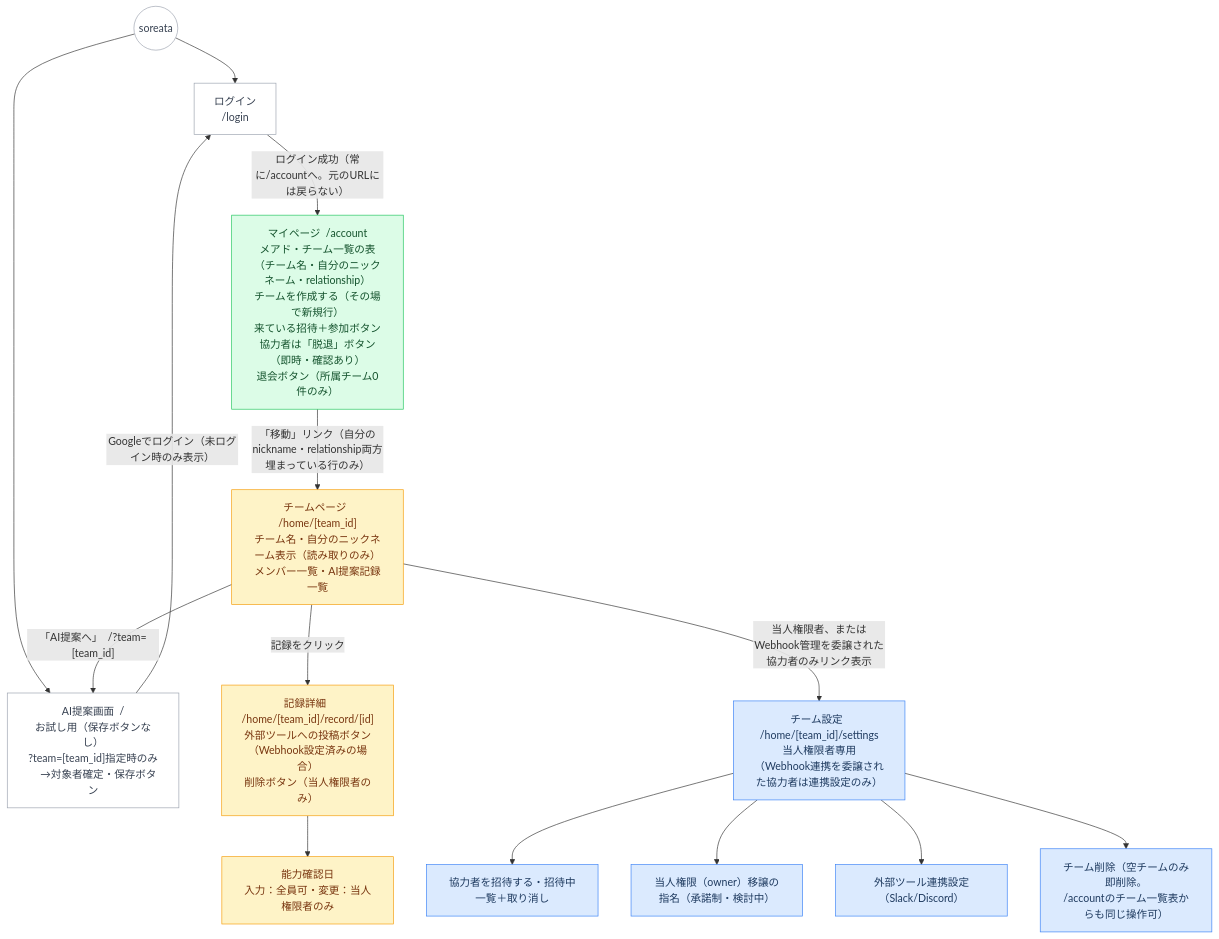
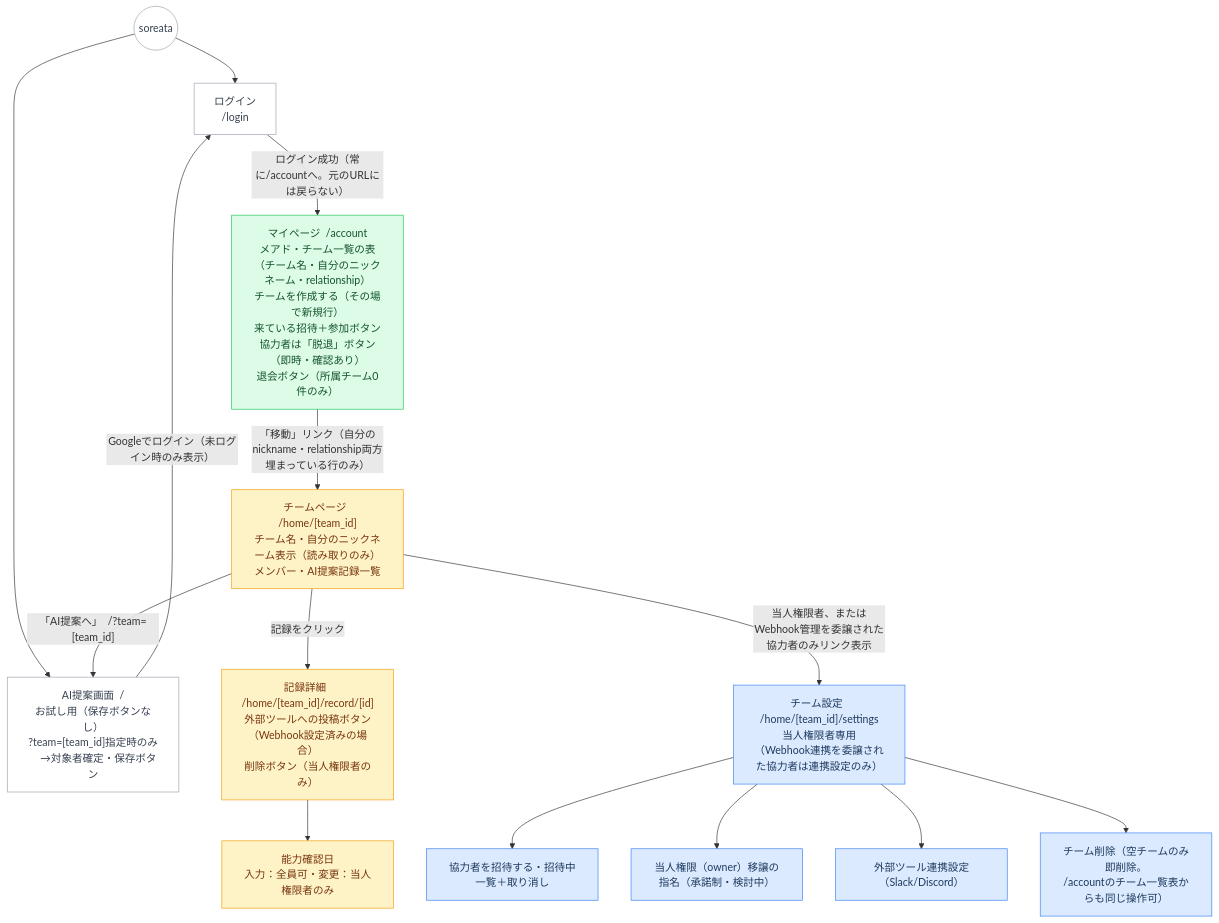
The diagram in docs/screen_tree.md (minamy-i/soreata), drawn with Mermaid before and after one commit. The commit also changed 10 other files, not shown here.

````diff
--- a/docs/screen_tree.md
+++ b/docs/screen_tree.md
@@ -1,34 +1,34 @@
 ```mermaid
 graph TD
     classDef all fill:#ffffff,stroke:#9ca3af,color:#374151
     classDef loggedin fill:#dcfce7,stroke:#22c55e,color:#14532d
     classDef owner fill:#dbeafe,stroke:#3b82f6,color:#1e3a5f
     classDef shared fill:#fef3c7,stroke:#f59e0b,color:#78350f
 
     ROOT((soreata))
 
     ROOT --> LOGIN[ログイン\n/login]
     ROOT --> AI["AI提案画面  /\nお試し用（保存ボタンなし）\n?team=[team_id]指定時のみ\n　→対象者確定・保存ボタン"]
     AI -->|"Googleでログイン（未ログイン時のみ表示）"| LOGIN
 
     LOGIN -->|"ログイン成功（常に/accountへ。元のURLには戻らない）"| A_DASH
 
     A_DASH["マイページ  /account\nメアド・チーム一覧の表\n（チーム名・自分のニックネーム・relationship）\nチームを作成する（その場で新規行）\n来ている招待＋参加ボタン\n協力者は「脱退」ボタン（即時・確認あり）\n退会ボタン（所属チーム0件のみ）"]
     A_DASH -->|"「移動」リンク（自分のnickname・relationship両方埋まっている行のみ）"| TEAM
 
-    TEAM["チームページ  /home/[team_id]\nチーム名・自分のニックネーム表示（読み取りのみ）\nメンバー一覧・AI提案記録一覧"]
+    TEAM["チームページ  /home/[team_id]\nチーム名・自分のニックネーム表示（読み取りのみ）\nメンバー・AI提案記録一覧"]
     TEAM -->|"「AI提案へ」  /?team=[team_id]"| AI
     TEAM -->|"記録をクリック"| RECORD["記録詳細  /home/[team_id]/record/[id]\n外部ツールへの投稿ボタン（Webhook設定済みの場合）\n削除ボタン（当人権限者のみ）"]
     RECORD --> CONF["能力確認日\n入力：全員可・変更：当人権限者のみ"]
 
     TEAM -->|"当人権限者、またはWebhook管理を委譲された協力者のみリンク表示"| T_SET["チーム設定  /home/[team_id]/settings\n当人権限者専用\n（Webhook連携を委譲された協力者は連携設定のみ）"]
     T_SET --> INVITE["協力者を招待する・招待中一覧＋取り消し"]
     T_SET --> TRANSFER["当人権限（owner）移譲の指名（承諾制・検討中）"]
     T_SET --> WEBHOOK["外部ツール連携設定（Slack/Discord）"]
     T_SET --> TEAMEDIT["チーム削除（空チームのみ即削除。\n/accountのチーム一覧表からも同じ操作可）"]
 
     class ROOT,LOGIN,AI all
     class A_DASH loggedin
     class T_SET,INVITE,TRANSFER,WEBHOOK,TEAMEDIT owner
     class TEAM,RECORD,CONF shared
 ```
````
